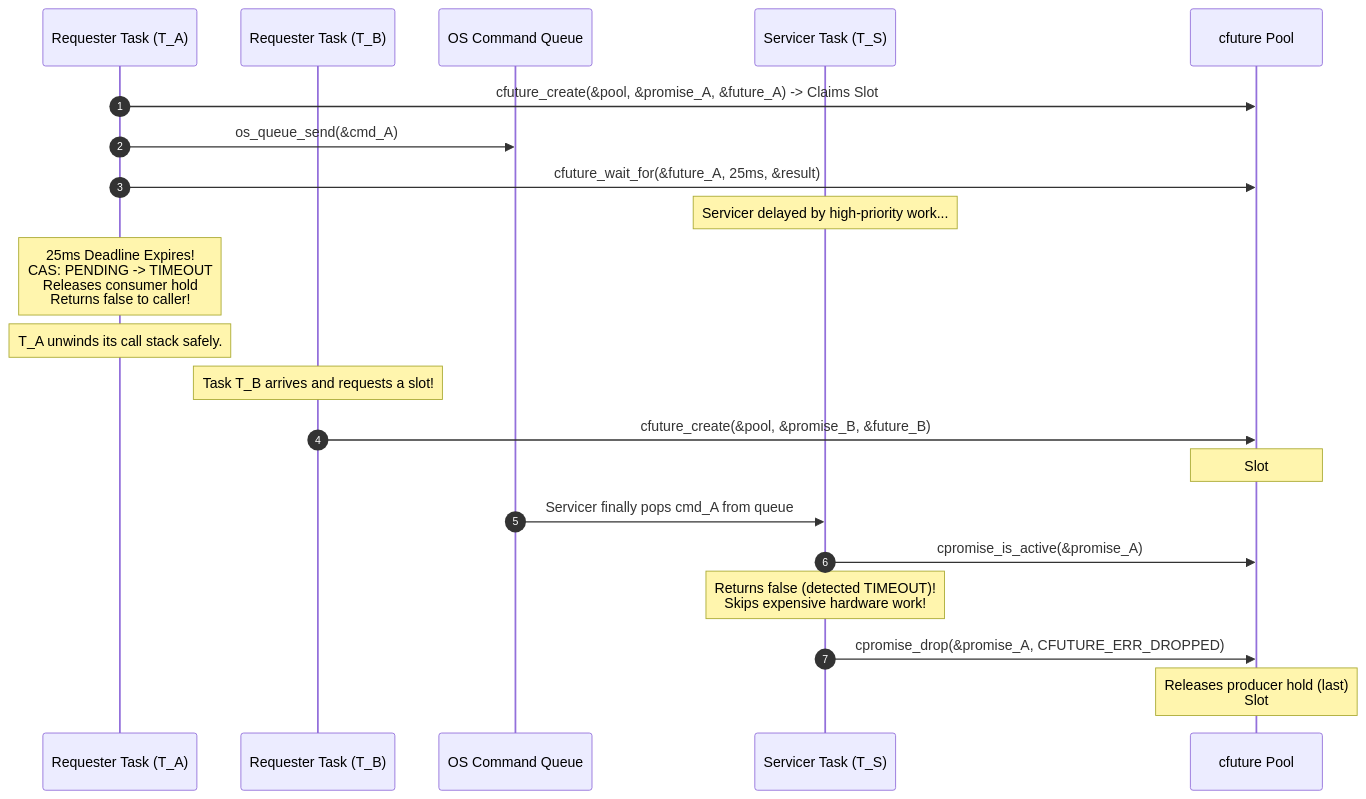
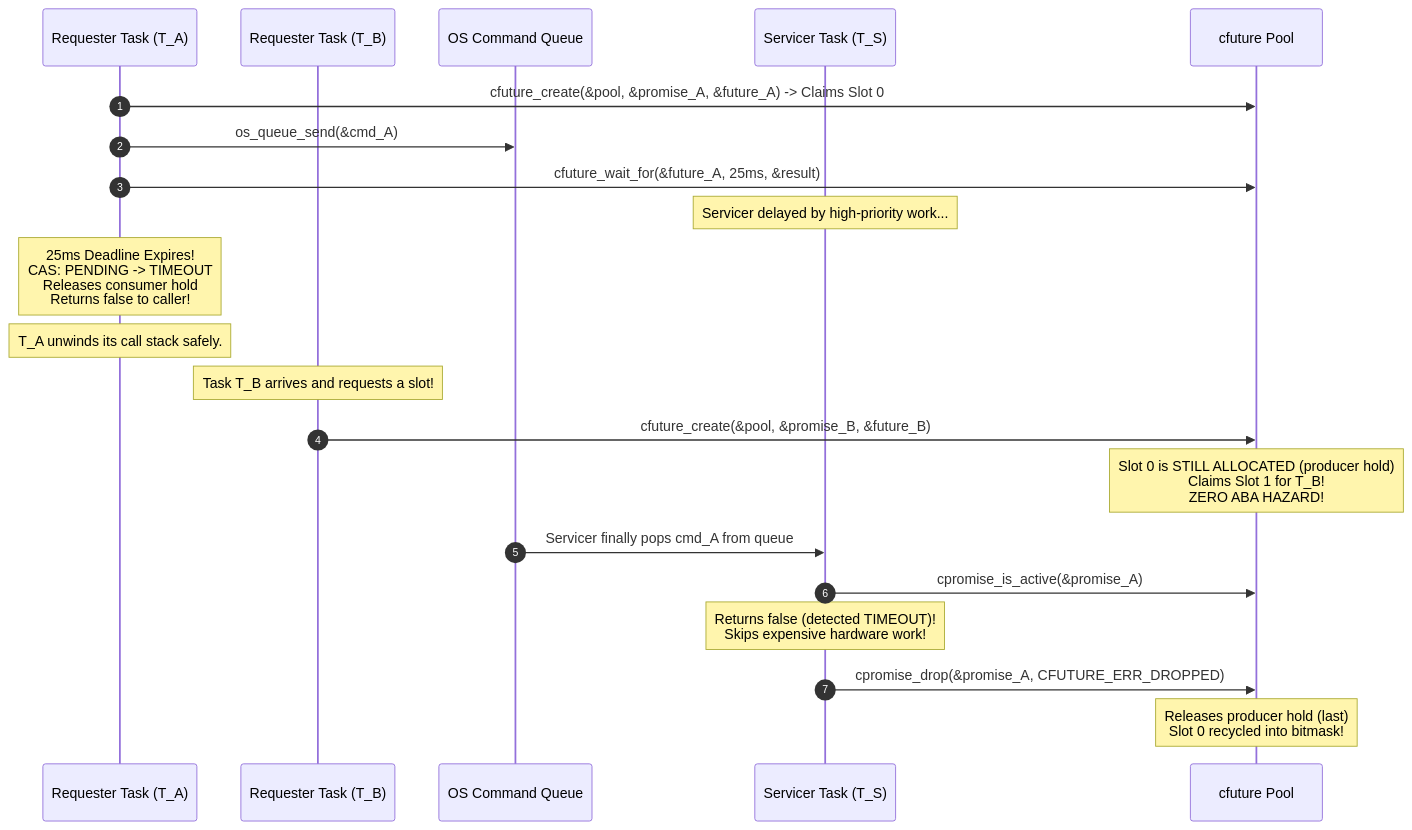
Before and after one commit to Mrunmoy/janus: the fourth of 6 diagrams in README.md, drawn with Mermaid. The commit also changed other lines of this file and 1 other file, not shown here.

Commit message:
docs: fix truncated and crowded mermaid diagrams, gate against '#' in mermaid

````diff
--- a/README.md
+++ b/README.md
@@ -407,24 +407,24 @@
 ```mermaid
 sequenceDiagram
     autonumber
     participant A as Requester Task (T_A)
     participant B as Requester Task (T_B)
     participant Q as OS Command Queue
     participant S as Servicer Task (T_S)
     participant P as cfuture Pool
 
-    A->>P: cfuture_create(&pool, &promise_A, &future_A) -> Claims Slot #0
+    A->>P: cfuture_create(&pool, &promise_A, &future_A) -> Claims Slot 0
     A->>Q: os_queue_send(&cmd_A)
     A->>P: cfuture_wait_for(&future_A, 25ms, &result)
     Note over S: Servicer delayed by high-priority work...
     Note over A: 25ms Deadline Expires!<br/>CAS: PENDING -> TIMEOUT<br/>Releases consumer hold<br/>Returns false to caller!
     Note over A: T_A unwinds its call stack safely.
     Note over B: Task T_B arrives and requests a slot!
     B->>P: cfuture_create(&pool, &promise_B, &future_B)
-    Note over P: Slot #0 is STILL ALLOCATED (producer hold)<br/>Claims Slot #1 for T_B!<br/>ZERO ABA HAZARD!
+    Note over P: Slot 0 is STILL ALLOCATED (producer hold)<br/>Claims Slot 1 for T_B!<br/>ZERO ABA HAZARD!
     Q->>S: Servicer finally pops cmd_A from queue
     S->>P: cpromise_is_active(&promise_A)
     Note over S: Returns false (detected TIMEOUT)!<br/>Skips expensive hardware work!
     S->>P: cpromise_drop(&promise_A, CFUTURE_ERR_DROPPED)
-    Note over P: Releases producer hold (last)<br/>Slot #0 recycled into bitmask!
+    Note over P: Releases producer hold (last)<br/>Slot 0 recycled into bitmask!
 ```
````
